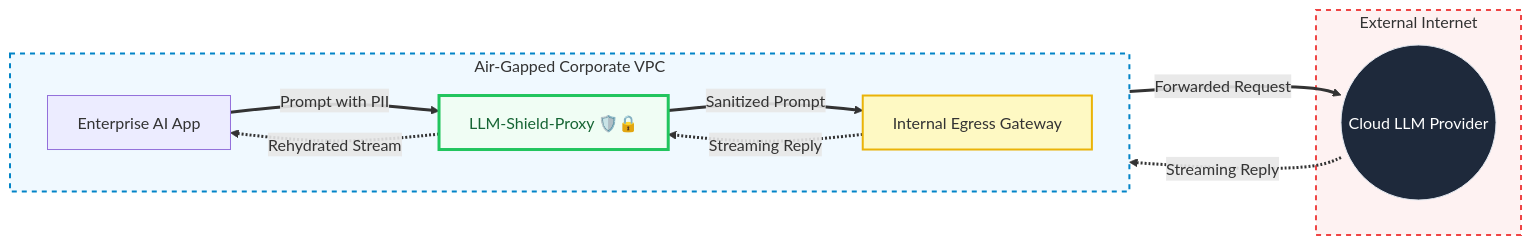
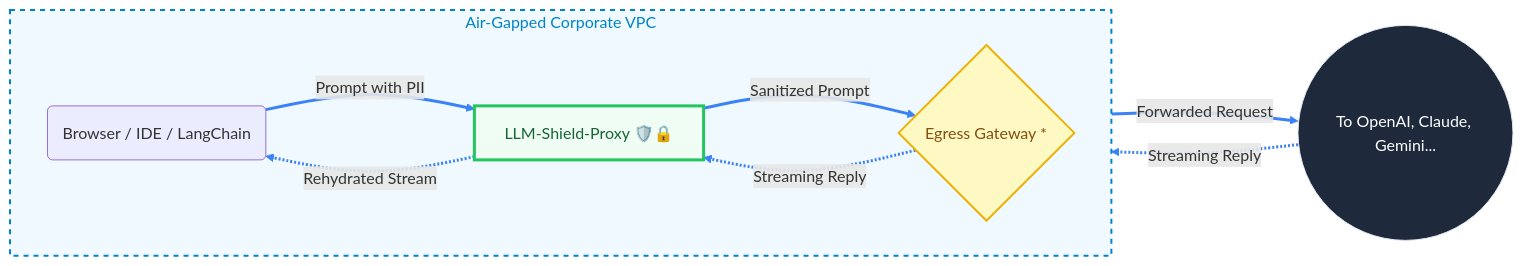
One commit to ninadphalak/LLM-Shield-Proxy changed the second of 3 diagrams in README.md. Above: the diagram before and after it, drawn with Mermaid. The commit also changed other lines of this file, not shown here.

Commit message:
docs: refine README diagram UI and remove duplicates

````diff
--- a/README.md
+++ b/README.md
@@ -45,29 +45,26 @@
 ```mermaid
 flowchart LR
     subgraph VPC [Air-Gapped Corporate VPC]
         direction LR
-        App[Enterprise AI App]
+        App(Browser / IDE / LangChain)
         Proxy[LLM-Shield-Proxy 🛡️🔒]
-        Egress[Internal Egress Gateway]
+        Egress{Egress Gateway *}
         
         App == "Prompt with PII" ==> Proxy
         Proxy == "Sanitized Prompt" ==> Egress
     end
 
-    subgraph Internet [External Internet]
-        LLM((Cloud LLM Provider))
-    end
+    Out((To OpenAI, Claude, Gemini...))
 
-    Egress == "Forwarded Request" ==> LLM
-    LLM -. "Streaming Reply" .-> Egress
+    Egress == "Forwarded Request" ==> Out
+    Out -. "Streaming Reply" .-> Egress
     Egress -. "Streaming Reply" .-> Proxy
     Proxy -. "Rehydrated Stream" .-> App
 
-    linkStyle default stroke-width:3px;
+    linkStyle default stroke:#3b82f6,stroke-width:3px;
 
-    style VPC fill:#f0f9ff,stroke:#0284c7,stroke-width:2px,stroke-dasharray: 5 5
-    style Internet fill:#fef2f2,stroke:#ef4444,stroke-width:2px,stroke-dasharray: 5 5
+    style VPC fill:#f0f9ff,stroke:#0284c7,stroke-width:2px,stroke-dasharray: 5 5,color:#0284c7
     style Proxy fill:#f0fdf4,stroke:#22c55e,stroke-width:3px,color:#166534
-    style Egress fill:#fef9c3,stroke:#eab308,stroke-width:2px
-    style LLM fill:#1e293b,stroke:#e2e8f0,color:#fff
+    style Egress fill:#fef9c3,stroke:#eab308,stroke-width:2px,color:#854d0e
+    style Out fill:#1e293b,stroke:#e2e8f0,color:#fff
 ```
````
